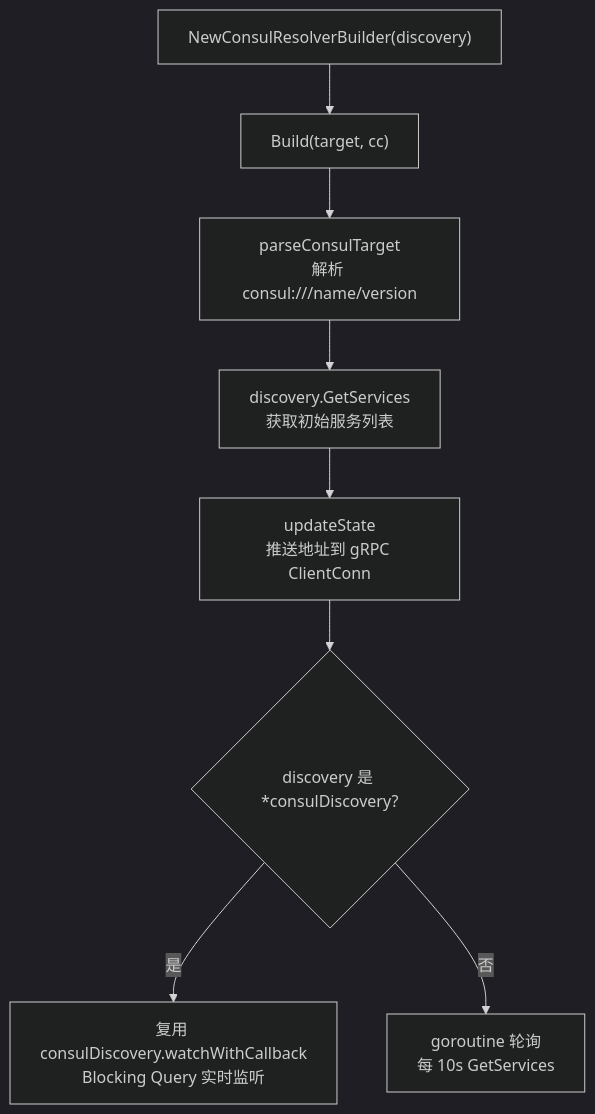
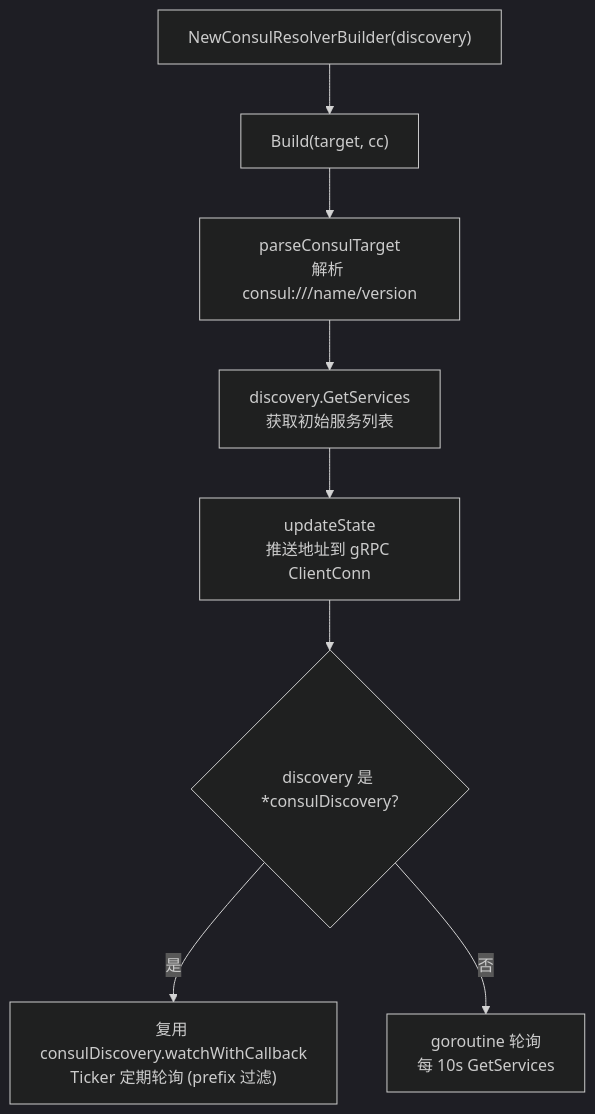
One commit to daheige/hephfx changed the fifth of 5 diagrams in hestia/consul/readme.md. Above: the diagram before and after it, drawn with Mermaid (dark theme). The commit also changed other lines of this file and 12 other files, not shown here.

````diff
--- a/hestia/consul/readme.md
+++ b/hestia/consul/readme.md
@@ -327,11 +333,11 @@
 ```mermaid
 flowchart TD
     Builder["NewConsulResolverBuilder(discovery)"] --> Build["Build(target, cc)"]
     Build --> Parse["parseConsulTarget<br/>解析 consul:///name/version"]
     Parse --> InitFetch["discovery.GetServices<br/>获取初始服务列表"]
     InitFetch --> Update["updateState<br/>推送地址到 gRPC ClientConn"]
     Update --> TypeCheck{"discovery 是 *consulDiscovery?"}
 
-    TypeCheck -- 是 --> Watch["复用 consulDiscovery.watchWithCallback<br/>Blocking Query 实时监听"]
+    TypeCheck -- 是 --> Watch["复用 consulDiscovery.watchWithCallback<br/>Ticker 定期轮询 (prefix 过滤)"]
     TypeCheck -- 否 --> Poll["goroutine 轮询<br/>每 10s GetServices"]
 ```
````
